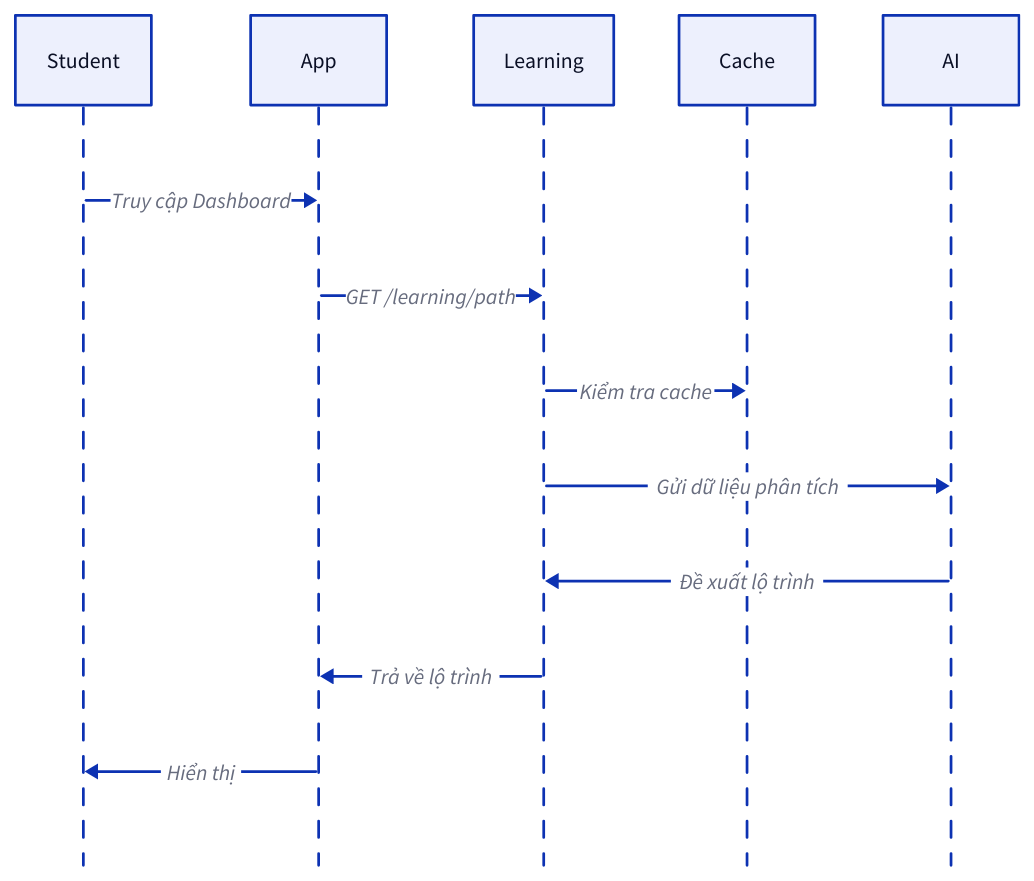
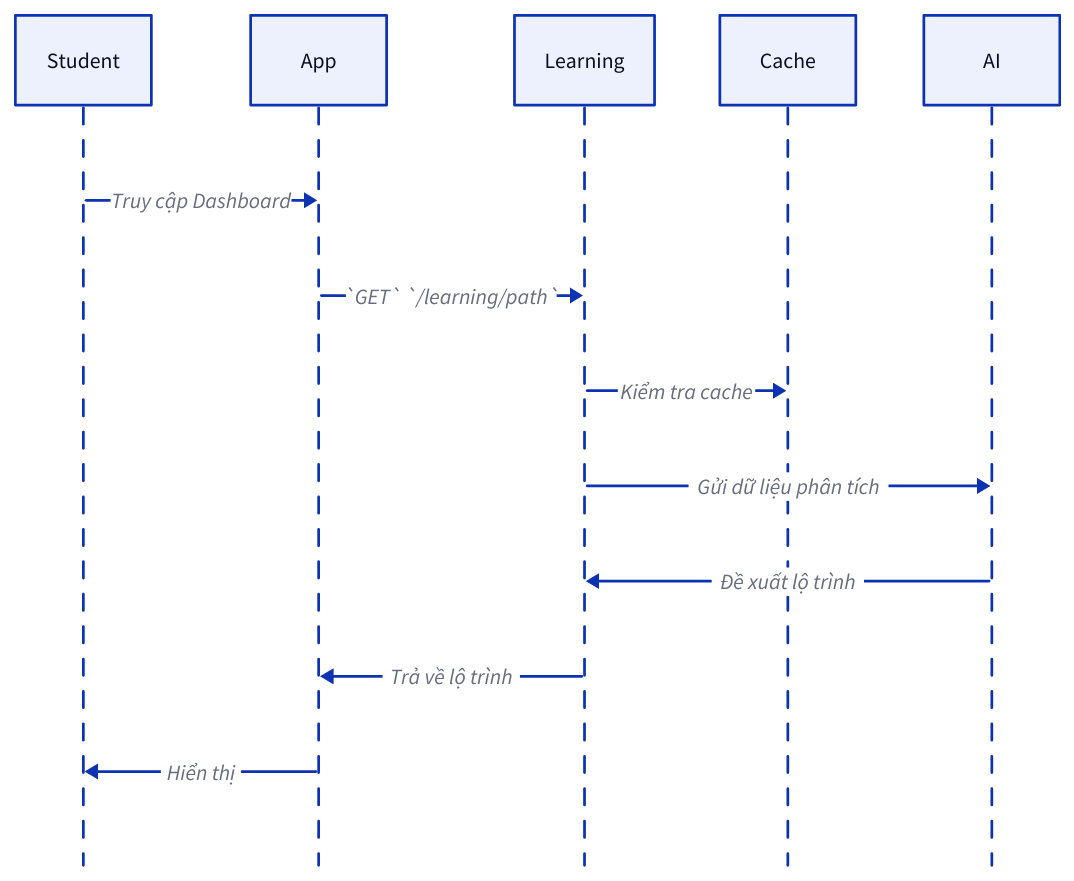
The second of 3 diagrams in blueprint/architecture/system-design.md (philongdanh/lms), drawn with D2 before and after one commit. The commit also changed other lines of this file and 16 other files, not shown here.

````diff
--- a/blueprint/architecture/system-design.md
+++ b/blueprint/architecture/system-design.md
@@ -88,12 +88,12 @@
 ```d2
 shape: sequence_diagram
 direction: right
 
 Student -> App: Truy cập Dashboard
-App -> Learning: GET /learning/path
+App -> Learning: `GET` `/learning/path`
 Learning -> Cache: Kiểm tra cache
 Learning -> AI: Gửi dữ liệu phân tích
 AI -> Learning: Đề xuất lộ trình
 Learning -> App: Trả về lộ trình
 App -> Student: Hiển thị
 ```
````
